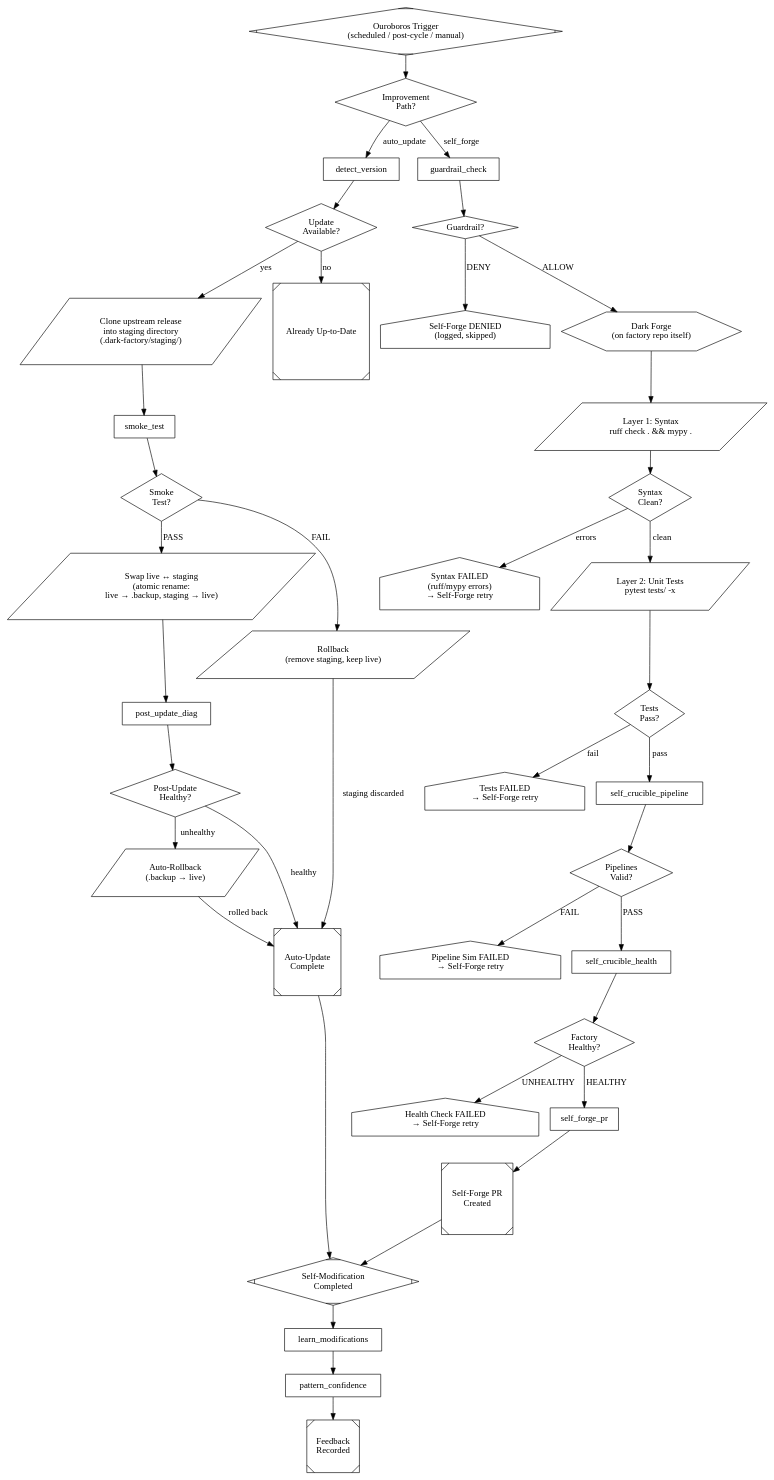
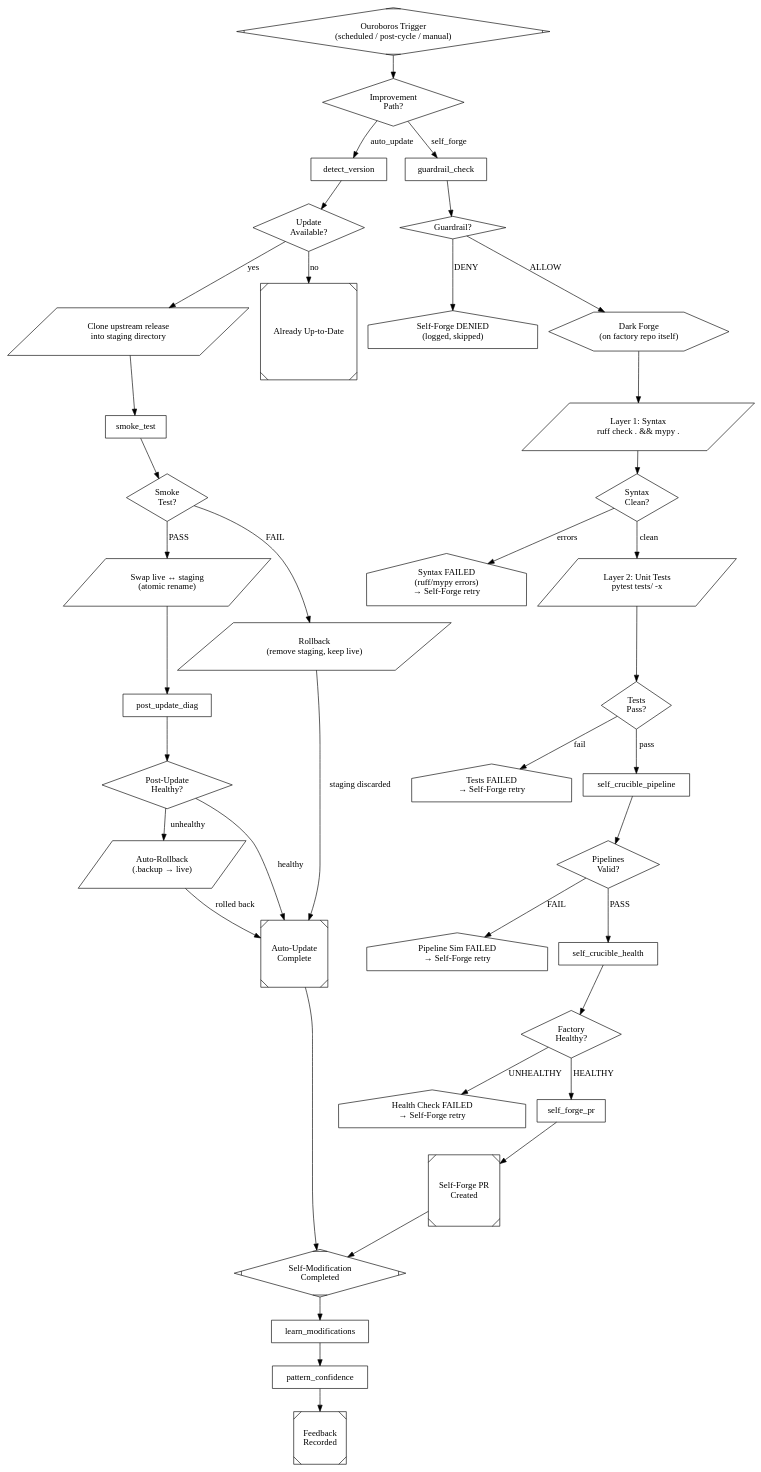
Before and after one commit to ardrodus/dark-fac: the diagram in pipelines/ouroboros.dot, drawn with Graphviz. The commit also changed 39 other files, not shown here.

First line of the commit message:
feat: pipeline rearchitecture — agent permissions, ralph-tui integration, and cross-pipeline parity

```diff
--- a/pipelines/ouroboros.dot
+++ b/pipelines/ouroboros.dot
@@ -43,45 +43,49 @@
     // --- Step 1: Detect version ---
     detect_version [
         shape=box,
-        prompt="Check the current factory version against the upstream release.\n\nSteps:\n1. Read the local version from factory/__init__.py or pyproject.toml\n2. Query the upstream release (GitHub releases API or git ls-remote --tags)\n3. Compare semantic versions\n\nOutput:\n- current_version\n- latest_version\n- update_available (bool)\n- changelog_summary (if update available)"
+        prompt="Check the current factory version against the upstream release.\n\nWorkspace: $workspace\n\nSteps:\n1. Read the local version from $workspace/pyproject.toml or $workspace/dark_factory/__init__.py\n2. Query the upstream release (GitHub releases API or git ls-remote --tags)\n3. Compare semantic versions\n\nOutput:\n- current_version\n- latest_version\n- update_available (bool)\n- changelog_summary (if update available)\n\nWrite results to: $workspace/.dark-factory/ouroboros/version-check.json"
     ]
     version_check [shape=diamond, label="Update\nAvailable?"]
 
     // --- Step 2: Staging deployment ---
     staging_deploy [
         shape=parallelogram,
-        label="Clone upstream release\ninto staging directory\n(.dark-factory/staging/)"
+        label="Clone upstream release\ninto staging directory",
+        prompt="cd $workspace && mkdir -p .dark-factory/staging && git clone --depth 1 $upstream_repo .dark-factory/staging/ 2>&1"
     ]
 
     // --- Step 3: Smoke test the staged version ---
     smoke_test [
         shape=box,
-        prompt="Run a smoke test against the staged factory copy.\n\nExecute in the staging directory:\n1. python -m factory selftest   (core self-test)\n2. python -m factory doctor     (dependency check)\n3. Verify all pipeline DOT files parse without error\n4. Verify config migration (old config still loads)\n\nVerdict: PASS (all checks green) | FAIL (any check failed, with details)"
+        prompt="Run a smoke test against the staged factory copy.\n\nWorkspace: $workspace\nStaging directory: $workspace/.dark-factory/staging/\n\nExecute in the staging directory:\n1. python -m pytest $workspace/.dark-factory/staging/tests/ -x --tb=short\n2. Verify all pipeline DOT files in $workspace/.dark-factory/staging/pipelines/ parse without error\n3. Verify config migration (old config still loads)\n\nVerdict: PASS (all checks green) | FAIL (any check failed, with details)\n\nWrite results to: $workspace/.dark-factory/ouroboros/smoke-test.json"
     ]
     smoke_verdict [shape=diamond, label="Smoke\nTest?"]
 
     // --- Step 4a: Swap — replace live with staging ---
     swap_live [
         shape=parallelogram,
-        label="Swap live ↔ staging\n(atomic rename:\n live → .backup, staging → live)"
+        label="Swap live ↔ staging\n(atomic rename)",
+        prompt="cd $workspace && cp -r dark_factory dark_factory.backup && rm -rf dark_factory && cp -r .dark-factory/staging/dark_factory dark_factory 2>&1"
     ]
 
     // --- Step 4b: Rollback — staging failed, discard ---
     rollback [
         shape=parallelogram,
-        label="Rollback\n(remove staging, keep live)"
+        label="Rollback\n(remove staging, keep live)",
+        prompt="cd $workspace && rm -rf .dark-factory/staging/ 2>&1"
     ]
 
     // --- Step 5: Post-update diagnostic ---
     post_update_diag [
         shape=box,
-        prompt="Run a post-update diagnostic on the now-live updated factory.\n\n1. python -m factory selftest\n2. python -m factory doctor\n3. Verify the auto-mode loop can start and poll for issues\n4. Verify the dashboard renders without errors\n5. Compare config state before and after update\n\nIf ANY check fails, trigger automatic rollback to .backup.\n\nOutput:\n- all_checks_passed (bool)\n- failed_checks[] (name, error)\n- rollback_triggered (bool)"
+        prompt="Run a post-update diagnostic on the now-live updated factory.\n\nWorkspace: $workspace\n\n1. python -m pytest $workspace/tests/ -x --tb=short\n2. Import every factory subpackage — no import errors\n3. Verify all pipeline DOT files in $workspace/pipelines/ parse without error\n4. Compare config state before and after update\n\nIf ANY check fails, recommend automatic rollback to .backup.\n\nOutput:\n- all_checks_passed (bool)\n- failed_checks[] (name, error)\n- rollback_recommended (bool)\n\nWrite results to: $workspace/.dark-factory/ouroboros/post-update-diag.json"
     ]
     post_diag_verdict [shape=diamond, label="Post-Update\nHealthy?"]
 
     auto_rollback [
         shape=parallelogram,
-        label="Auto-Rollback\n(.backup → live)"
+        label="Auto-Rollback\n(.backup → live)",
+        prompt="cd $workspace && rm -rf dark_factory && mv dark_factory.backup dark_factory 2>&1"
     ]
 
     update_done [shape=Msquare, label="Auto-Update\nComplete"]
@@ -113,7 +117,7 @@
     // --- Step 1: Guardrail check ---
     guardrail_check [
         shape=box,
-        prompt="You are the Ouroboros guardrail agent.\n\nBefore allowing self-modification, verify:\n1. The proposed change is within allowed scope (bug fix, performance,\n   code quality, test coverage — NOT security policy, gate logic,\n   or merge policy changes)\n2. No circular dependency risk (change won't break the self-forge\n   pipeline itself)\n3. Change complexity is bounded (< 500 lines diff, < 10 files)\n4. The change has a clear motivation (issue, metric, or pattern)\n\nVerdict: ALLOW (proceed) | DENY (too risky, log reason and skip)"
+        prompt="You are the Ouroboros guardrail agent.\n\nWorkspace: $workspace\nIssue: $issue\n\nBefore allowing self-modification, verify:\n1. The proposed change is within allowed scope (bug fix, performance,\n   code quality, test coverage — NOT security policy, gate logic,\n   or merge policy changes)\n2. No circular dependency risk (change won't break the self-forge\n   pipeline itself)\n3. Change complexity is bounded (< 500 lines diff, < 10 files)\n4. The change has a clear motivation (issue, metric, or pattern)\n\nRead relevant files in $workspace to understand the proposed change scope.\n\nVerdict: ALLOW (proceed) | DENY (too risky, log reason and skip)\n\nWrite results to: $workspace/.dark-factory/ouroboros/guardrail.json"
     ]
     guardrail_verdict [shape=diamond, label="Guardrail?"]
     guardrail_denied [shape=house, label="Self-Forge DENIED\n(logged, skipped)"]
@@ -132,7 +136,8 @@
     // Layer 1: Syntax — ruff + mypy
     self_crucible_syntax [
         shape=parallelogram,
-        label="Layer 1: Syntax\nruff check . && mypy ."
+        label="Layer 1: Syntax\nruff check . && mypy .",
+        prompt="cd $workspace && python -m ruff check . && python -m mypy . 2>&1"
     ]
     syntax_verdict [shape=diamond, label="Syntax\nClean?"]
     syntax_failed [shape=house, label="Syntax FAILED\n(ruff/mypy errors)\n→ Self-Forge retry"]
@@ -140,7 +145,8 @@
     // Layer 2: Unit tests — pytest
     self_crucible_tests [
         shape=parallelogram,
-        label="Layer 2: Unit Tests\npytest tests/ -x"
+        label="Layer 2: Unit Tests\npytest tests/ -x",
+        prompt="cd $workspace && python -m pytest tests/ -x --tb=short 2>&1"
     ]
     tests_verdict [shape=diamond, label="Tests\nPass?"]
     tests_failed [shape=house, label="Tests FAILED\n→ Self-Forge retry"]
@@ -148,7 +154,7 @@
     // Layer 3: Pipeline simulation
     self_crucible_pipeline [
         shape=box,
-        prompt="You are the Ouroboros pipeline simulation agent.\n\nLayer 3 of the self-crucible. Validate that all factory pipelines\nstill function correctly after self-modification:\n\n1. Parse every DOT file in factory/pipelines/ — verify valid digraph syntax\n2. Trace each pipeline end-to-end: entry → all terminal nodes reachable\n3. Verify node attribute contracts (shape, prompt, label, pipeline refs)\n4. Check that pipeline references (e.g. pipeline=\"dark_forge.dot\") resolve\n5. Dry-run the dispatch table — every registered command has a handler\n\nVerdict: PASS | FAIL (with broken pipeline name and failure detail)"
+        prompt="You are the Ouroboros pipeline simulation agent.\n\nWorkspace: $workspace\n\nLayer 3 of the self-crucible. Validate that all factory pipelines\nstill function correctly after self-modification:\n\n1. Read every DOT file in $workspace/pipelines/ — verify valid digraph syntax\n2. Trace each pipeline end-to-end: entry → all terminal nodes reachable\n3. Verify node attribute contracts (shape, prompt, label, pipeline refs)\n4. Check that pipeline references (e.g. child_graph) resolve to existing files\n5. Dry-run import of $workspace/dark_factory/ — no import errors\n\nVerdict: PASS | FAIL (with broken pipeline name and failure detail)\n\nWrite results to: $workspace/.dark-factory/ouroboros/pipeline-sim.json"
     ]
     pipeline_verdict [shape=diamond, label="Pipelines\nValid?"]
     pipeline_failed [shape=house, label="Pipeline Sim FAILED\n→ Self-Forge retry"]
@@ -156,7 +162,7 @@
     // Layer 4: Health check
     self_crucible_health [
         shape=box,
-        prompt="You are the Ouroboros health check agent.\n\nLayer 4 of the self-crucible. Run a full factory health check\nafter self-modification:\n\n1. python -m factory selftest (core self-test passes)\n2. python -m factory doctor   (all dependencies present)\n3. Import every factory subpackage — no import errors\n4. Verify config load/save round-trip\n5. Verify the dashboard app can be instantiated\n\nThis is the final gate before creating a PR.\n\nVerdict: HEALTHY | UNHEALTHY (with failing component and error)"
+        prompt="You are the Ouroboros health check agent.\n\nWorkspace: $workspace\n\nLayer 4 of the self-crucible. Run a full factory health check\nafter self-modification:\n\n1. python -m pytest $workspace/tests/ --tb=short (full test suite passes)\n2. Import every $workspace/dark_factory/ subpackage — no import errors\n3. Verify config load/save round-trip\n4. Verify all pipeline DOT files in $workspace/pipelines/ parse without error\n\nThis is the final gate before creating a PR.\n\nVerdict: HEALTHY | UNHEALTHY (with failing component and error)\n\nWrite results to: $workspace/.dark-factory/ouroboros/health-check.json"
     ]
     health_verdict [shape=diamond, label="Factory\nHealthy?"]
     health_failed [shape=house, label="Health Check FAILED\n→ Self-Forge retry"]
@@ -164,7 +170,7 @@
     // --- Step 4: PR with merge policy ---
     self_forge_pr [
         shape=box,
-        prompt="Create a pull request for the self-forge changes.\n\nMerge policy (enforced, not user-customisable):\n- Title: 'ouroboros: <concise description>'\n- Label: ouroboros-self-forge\n- Require ALL 4 self-crucible layers to have passed\n- Auto-merge ONLY if:\n  1. Diff < 200 lines\n  2. No security policy files modified\n  3. No gate logic files modified\n  4. All 4 crucible layers passed\n- Otherwise: require human approval (add needs-human-review label)\n\nOutput:\n- pr_url\n- auto_merge_eligible (bool)\n- merge_policy_reason"
+        prompt="Create a pull request for the self-forge changes.\n\nWorkspace: $workspace\n\nMerge policy (enforced, not user-customisable):\n- Title: 'ouroboros: <concise description>'\n- Label: ouroboros-self-forge\n- Require ALL 4 self-crucible layers to have passed\n- Auto-merge ONLY if:\n  1. Diff < 200 lines\n  2. No security policy files modified\n  3. No gate logic files modified\n  4. All 4 crucible layers passed\n- Otherwise: require human approval (add needs-human-review label)\n\nRun in $workspace:\n  git add -A && git commit -m 'ouroboros: <description>'\n  gh pr create --title 'ouroboros: <description>' --label ouroboros-self-forge\n\nOutput:\n- pr_url\n- auto_merge_eligible (bool)\n- merge_policy_reason"
     ]
     self_forge_done [shape=Msquare, label="Self-Forge PR\nCreated"]
 
@@ -200,13 +206,13 @@
     // --- Step 1: Learn from self-modifications ---
     learn_modifications [
         shape=box,
-        prompt="You are the Ouroboros feedback learning agent.\n\nAnalyze the completed self-modification:\n- Diff summary: $diff_summary\n- Crucible results: $crucible_results\n- Cycle outcome: $cycle_outcome\n\nExtract learnings:\n1. What pattern was applied? (refactor, optimisation, bug fix, new feature)\n2. Which files/modules were most affected?\n3. Did the change pass all crucible layers on first attempt?\n4. What retry iterations were needed (if any)?\n5. What code patterns emerged that could be reused?\n\nOutput:\n- pattern_name\n- pattern_description\n- affected_modules[]\n- first_attempt_success (bool)\n- retry_count\n- reusable_patterns[]"
+        prompt="You are the Ouroboros feedback learning agent.\n\nWorkspace: $workspace\n\nAnalyze the completed self-modification.\nRead the results from previous pipeline stages in $workspace/.dark-factory/ouroboros/.\n\nExtract learnings:\n1. What pattern was applied? (refactor, optimisation, bug fix, new feature)\n2. Which files/modules were most affected?\n3. Did the change pass all crucible layers on first attempt?\n4. What retry iterations were needed (if any)?\n5. What code patterns emerged that could be reused?\n\nOutput:\n- pattern_name\n- pattern_description\n- affected_modules[]\n- first_attempt_success (bool)\n- retry_count\n- reusable_patterns[]\n\nWrite results to: $workspace/.dark-factory/ouroboros/learnings.json"
     ]
 
     // --- Step 2: Pattern confidence scoring ---
     pattern_confidence [
         shape=box,
-        prompt="You are the Ouroboros pattern confidence scorer.\n\nUpdate the pattern knowledge store with confidence scores.\n\nFor each pattern from the current and historical modifications:\n1. Calculate success_rate = successful_applications / total_applications\n2. Recency weight: recent successes count more than old ones\n3. Complexity weight: patterns that work on complex changes score higher\n4. Scope weight: patterns used across multiple modules score higher\n\nConfidence tiers:\n- HIGH (>= 0.85): Auto-apply in future self-forge cycles\n- MEDIUM (0.5 - 0.84): Suggest but require guardrail approval\n- LOW (< 0.5): Log only, do not suggest\n\nPrune patterns with LOW confidence and zero applications in 30 days.\n\nOutput:\n- updated_patterns[] with name, confidence, tier, last_applied, apply_count\n- pruned_patterns[] (removed due to staleness)"
+        prompt="You are the Ouroboros pattern confidence scorer.\n\nWorkspace: $workspace\n\nUpdate the pattern knowledge store at $workspace/.dark-factory/ouroboros/patterns.json\nwith confidence scores.\n\nFor each pattern from the current and historical modifications:\n1. Calculate success_rate = successful_applications / total_applications\n2. Recency weight: recent successes count more than old ones\n3. Complexity weight: patterns that work on complex changes score higher\n4. Scope weight: patterns used across multiple modules score higher\n\nConfidence tiers:\n- HIGH (>= 0.85): Auto-apply in future self-forge cycles\n- MEDIUM (0.5 - 0.84): Suggest but require guardrail approval\n- LOW (< 0.5): Log only, do not suggest\n\nPrune patterns with LOW confidence and zero applications in 30 days.\n\nOutput:\n- updated_patterns[] with name, confidence, tier, last_applied, apply_count\n- pruned_patterns[] (removed due to staleness)\n\nWrite results to: $workspace/.dark-factory/ouroboros/patterns.json"
     ]
 
     feedback_done [shape=Msquare, label="Feedback\nRecorded"]
```
